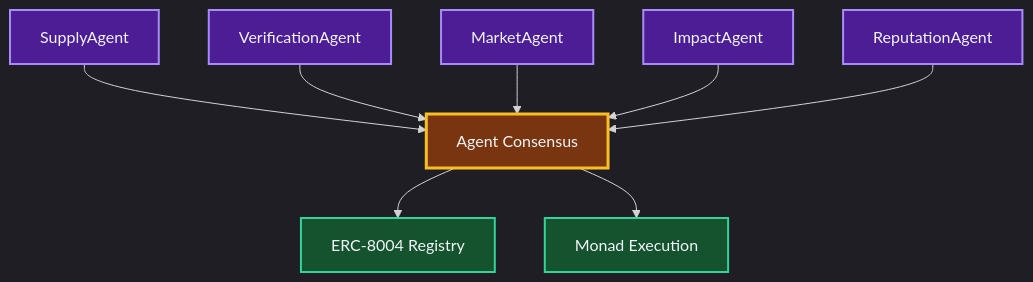
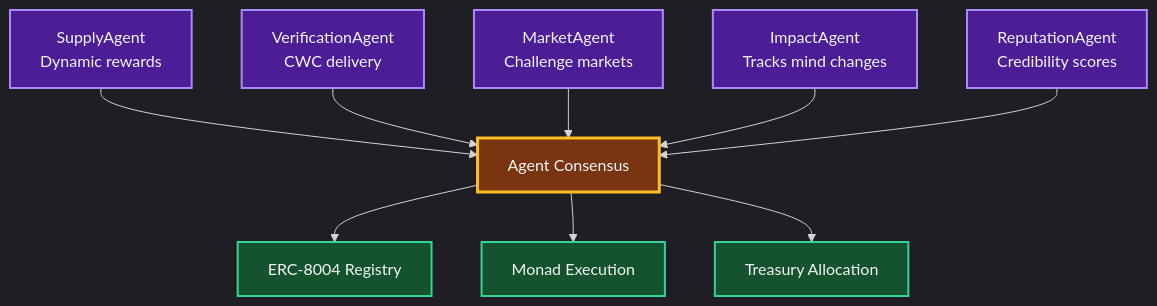
One commit to communisaas/voter-protocol changed the fifth of 5 diagrams in docs/architecture/OVERVIEW_HYBRID_ARCHITECTURE.md. Above: the diagram before and after it, drawn with Mermaid. The commit also changed other lines of this file and 6 other files, not shown here.

````diff
--- a/docs/architecture/OVERVIEW_HYBRID_ARCHITECTURE.md
+++ b/docs/architecture/OVERVIEW_HYBRID_ARCHITECTURE.md
@@ -291,20 +313,22 @@
 ```mermaid
 %%{init: {'theme':'dark', 'themeVariables': { 'primaryColor':'#1e293b', 'primaryBorderColor':'#64748b', 'primaryTextColor':'#f1f5f9', 'background':'#0f172a', 'mainBkg':'#1e293b', 'secondaryBkg':'#334155'}}}%%
 flowchart TB
-  Supply["SupplyAgent"] --> Consensus["Agent Consensus"]
-  Verify["VerificationAgent"] --> Consensus
-  Market["MarketAgent"] --> Consensus
-  Impact["ImpactAgent"] --> Consensus
-  Reputation["ReputationAgent"] --> Consensus
+  Supply["SupplyAgent<br/>Dynamic rewards"] --> Consensus["Agent Consensus"]
+  Verify["VerificationAgent<br/>CWC delivery"] --> Consensus
+  Market["MarketAgent<br/>Challenge markets"] --> Consensus
+  Impact["ImpactAgent<br/>Tracks mind changes"] --> Consensus
+  Reputation["ReputationAgent<br/>Credibility scores"] --> Consensus
   Consensus --> ERC8004["ERC-8004 Registry"]
   Consensus --> Monad["Monad Execution"]
+  Consensus --> Treasury["Treasury Allocation"]
   
   style Supply fill:#4c1d95,stroke:#a78bfa,stroke-width:2px,color:#f1f5f9
   style Verify fill:#4c1d95,stroke:#a78bfa,stroke-width:2px,color:#f1f5f9
   style Market fill:#4c1d95,stroke:#a78bfa,stroke-width:2px,color:#f1f5f9
   style Impact fill:#4c1d95,stroke:#a78bfa,stroke-width:2px,color:#f1f5f9
   style Reputation fill:#4c1d95,stroke:#a78bfa,stroke-width:2px,color:#f1f5f9
   style Consensus fill:#78350f,stroke:#fbbf24,stroke-width:3px,color:#f1f5f9
   style ERC8004 fill:#14532d,stroke:#34d399,stroke-width:2px,color:#f1f5f9
   style Monad fill:#14532d,stroke:#34d399,stroke-width:2px,color:#f1f5f9
+  style Treasury fill:#14532d,stroke:#34d399,stroke-width:2px,color:#f1f5f9
 ```
````
